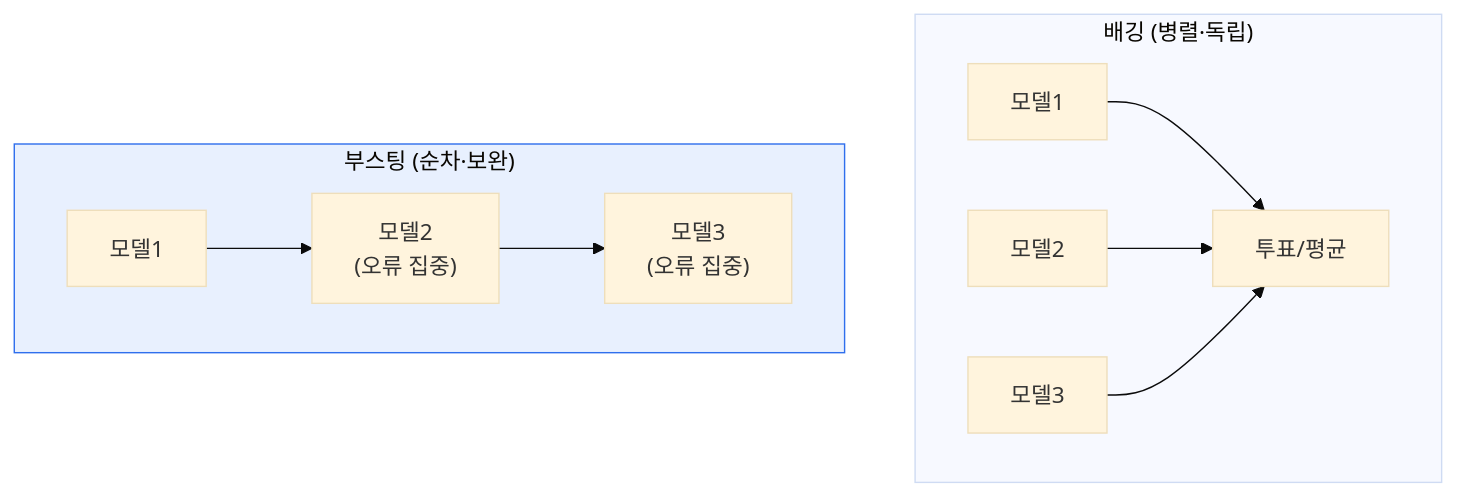
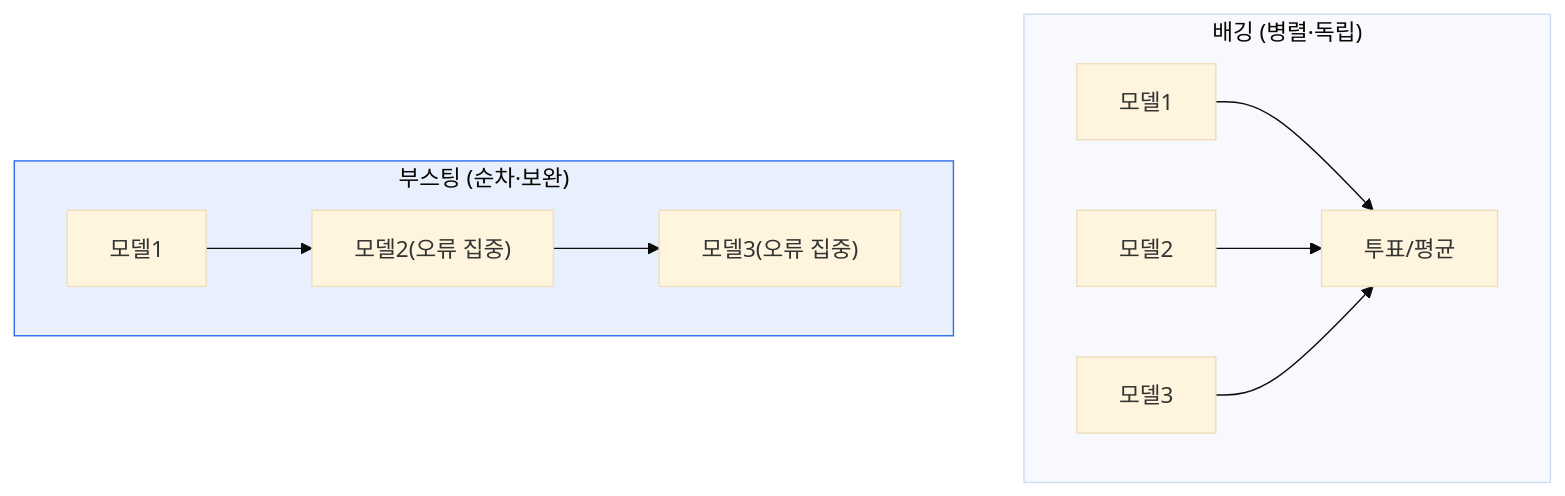
One commit to coninggu/wjdqhrhksflrltnftk changed the second of 2 diagrams in content/ensemble-learning.md. Above: the diagram before and after it, drawn with Mermaid (base theme). The commit also changed other lines of this file and 3 other files, not shown here.

````diff
--- a/content/ensemble-learning.md
+++ b/content/ensemble-learning.md
@@ -15,10 +37,10 @@
 ```mermaid
 flowchart TB
   subgraph B["배깅 (병렬·독립)"]
     B1[모델1] & B2[모델2] & B3[모델3] --> BV["투표/평균"]
   end
   subgraph BO["부스팅 (순차·보완)"]
-    O1[모델1] --> O2["모델2<br/>(오류 집중)"] --> O3["모델3<br/>(오류 집중)"]
+    O1[모델1] --> O2["모델2(오류 집중)"] --> O3["모델3(오류 집중)"]
   end
   style BO fill:#e8f0fe,stroke:#2f6fed
 ```
````
